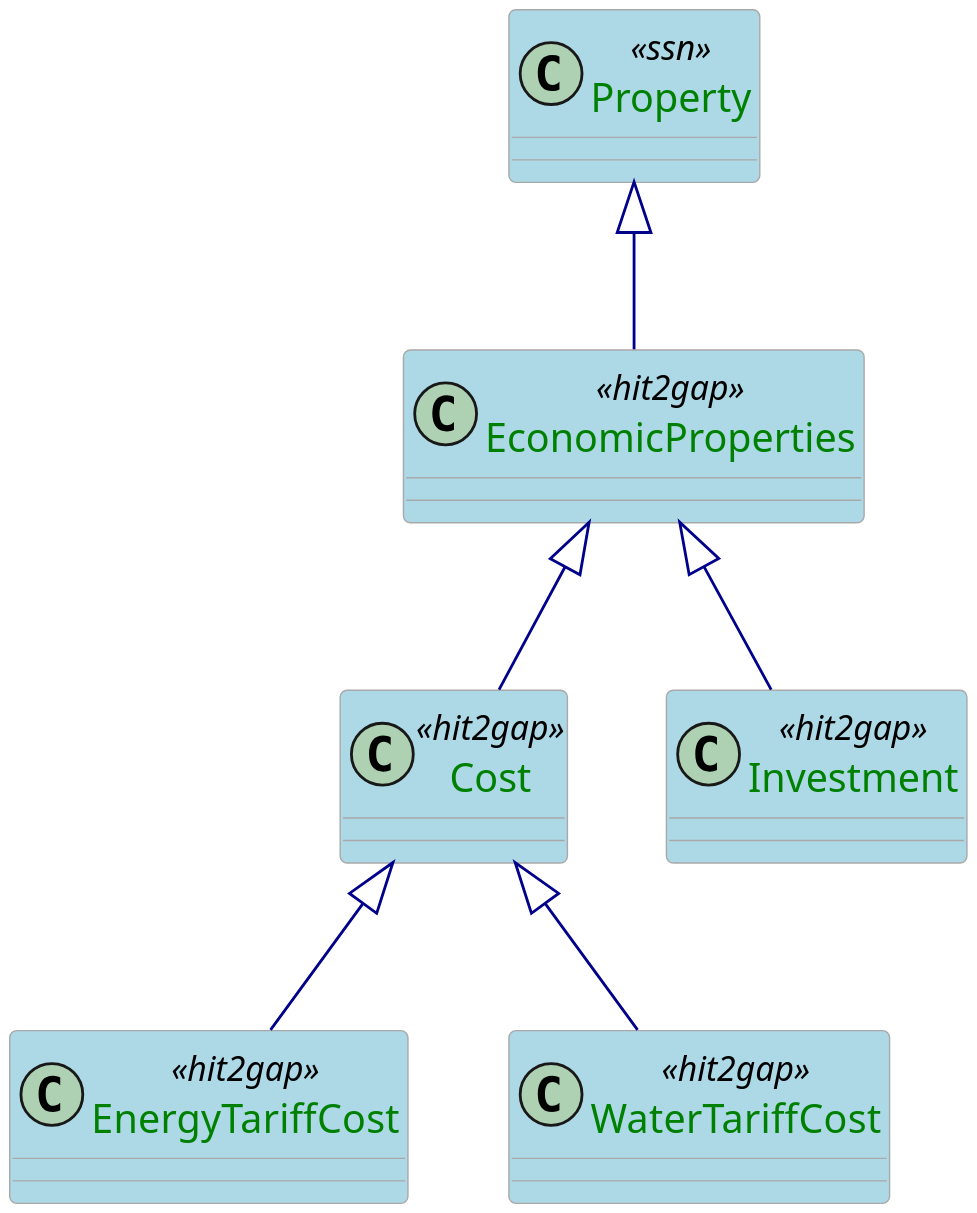
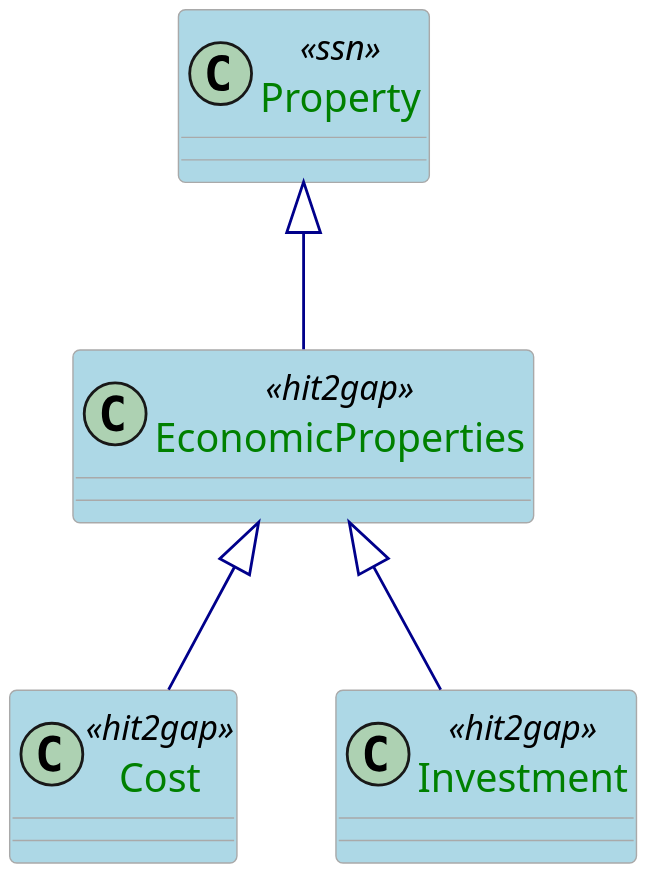
One commit to HIT2GAP-EU-PROJECT/BEMOnt changed the diagram in docs/plantuml/EconomicProperties.puml. Above: the diagram before and after it, drawn with PlantUML. The commit also changed 48 other files, not shown here.

```diff
--- a/docs/plantuml/EconomicProperties.puml
+++ b/docs/plantuml/EconomicProperties.puml
@@ -1,29 +1,25 @@
 @startuml
 
 skinparam class {
   ArrowColor DarkBlue
   ArrowFontColor DarkBlue
   BackgroundColor LightBlue
   BorderColor DarkGrey
 }
 skinparam dpi 300
 skinparam stereotypeCBackgroundColor Wheat
 skinparam classAttributeFontColor  Green
 
 class Property <<ssn>>
 
 class EconomicProperties <<hit2gap>>
 
 class Cost <<hit2gap>>
 class Investment <<hit2gap>>
-class EnergyTariffCost <<hit2gap>>
-class WaterTariffCost <<hit2gap>>
 
 Property <|-- EconomicProperties
 
 EconomicProperties <|-- Cost
 EconomicProperties <|-- Investment
-Cost <|-- EnergyTariffCost
-Cost <|-- WaterTariffCost
 
 @enduml
```
